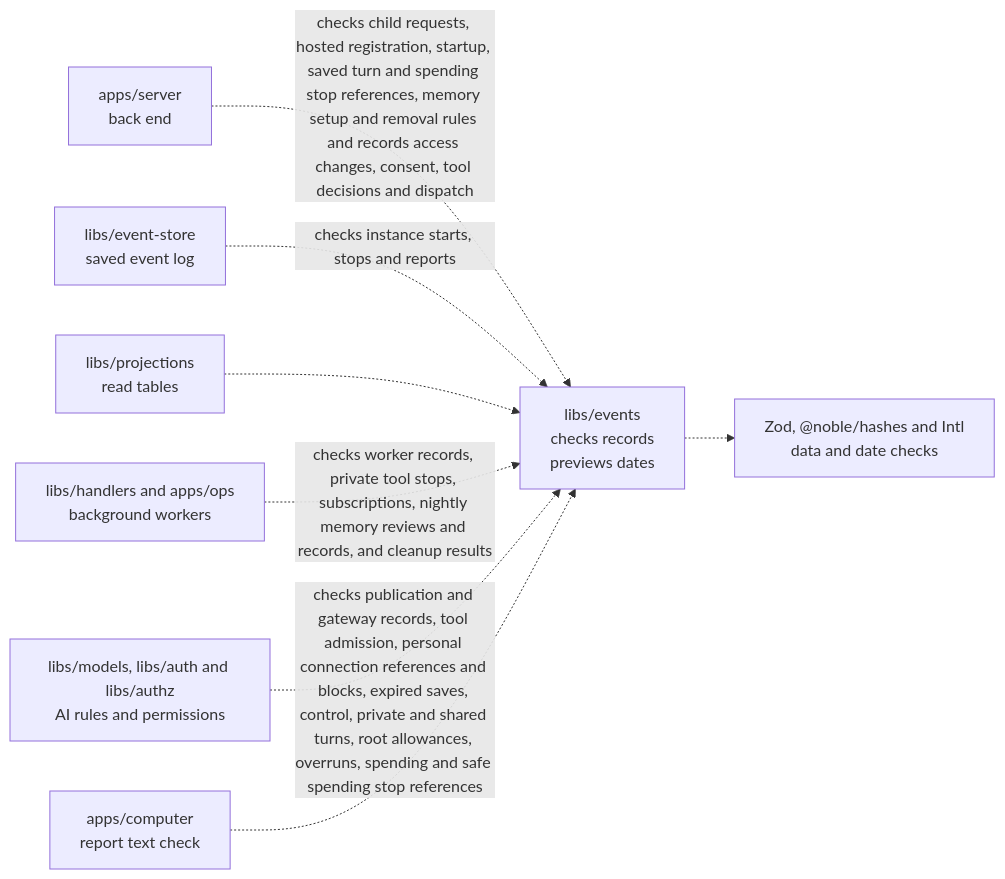
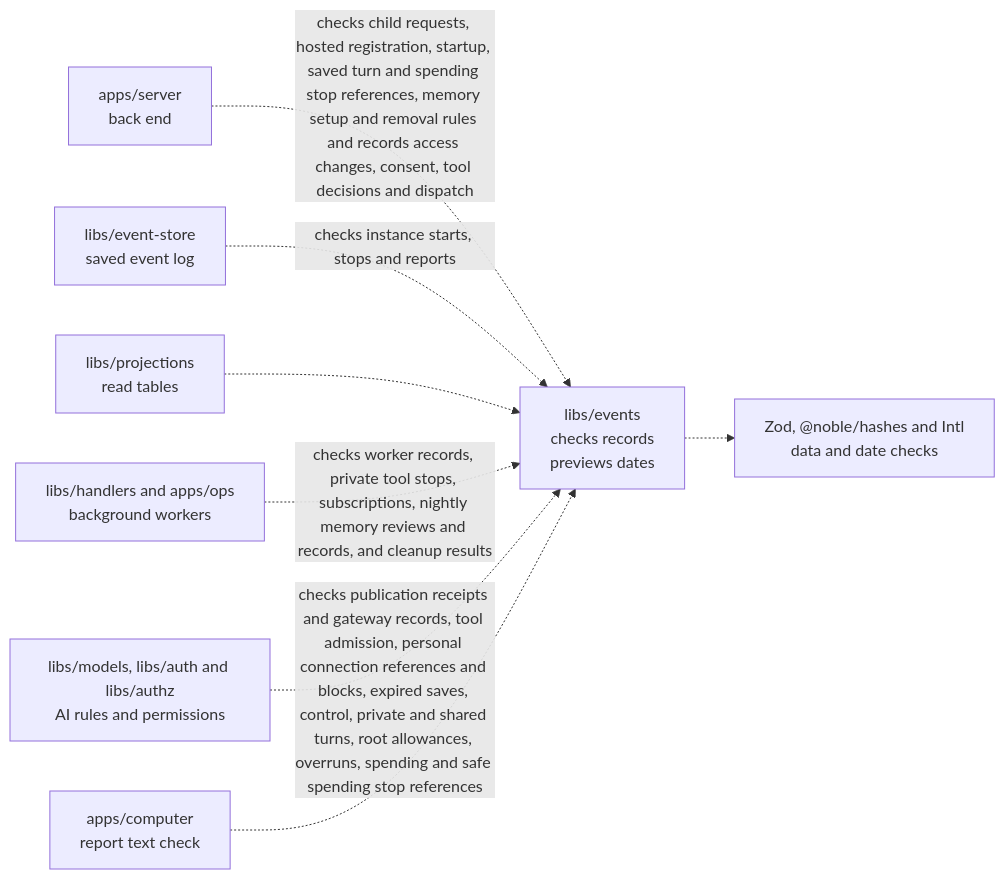
One commit to elewa-git/opencrane-new changed the diagram in libs/events/README.md. Above: the diagram before and after it, drawn with Mermaid. The commit also changed other lines of this file and 22 other files, not shown here.

Commit message:
📡 Save one live gateway receipt for each tool publication

````diff
--- a/libs/events/README.md
+++ b/libs/events/README.md
@@ -27,10 +27,10 @@
 ```mermaid
 flowchart LR
   server["apps/server<br/>back end"] -.->|checks child requests, hosted registration, startup, saved turn and spending stop references, memory setup and removal rules and records access changes, consent, tool decisions and dispatch| events["libs/events<br/>checks records<br/>previews dates"]
   store["libs/event-store<br/>saved event log"] -.->|checks instance starts, stops and reports| events
   projections["libs/projections<br/>read tables"] -.-> events
   workers["libs/handlers and apps/ops<br/>background workers"] -.->|checks worker records, private tool stops, subscriptions, nightly memory reviews and records, and cleanup results| events
-  others["libs/models, libs/auth and libs/authz<br/>AI rules and permissions"] -.->|checks publication and gateway records, tool admission, personal connection references and blocks, expired saves, control, private and shared turns, root allowances, overruns, spending and safe spending stop references| events
+  others["libs/models, libs/auth and libs/authz<br/>AI rules and permissions"] -.->|checks publication receipts and gateway records, tool admission, personal connection references and blocks, expired saves, control, private and shared turns, root allowances, overruns, spending and safe spending stop references| events
   computer["apps/computer<br/>report text check"] -.-> events
   events -.-> checks["Zod, @noble/hashes and Intl<br/>data and date checks"]
 ```
````
